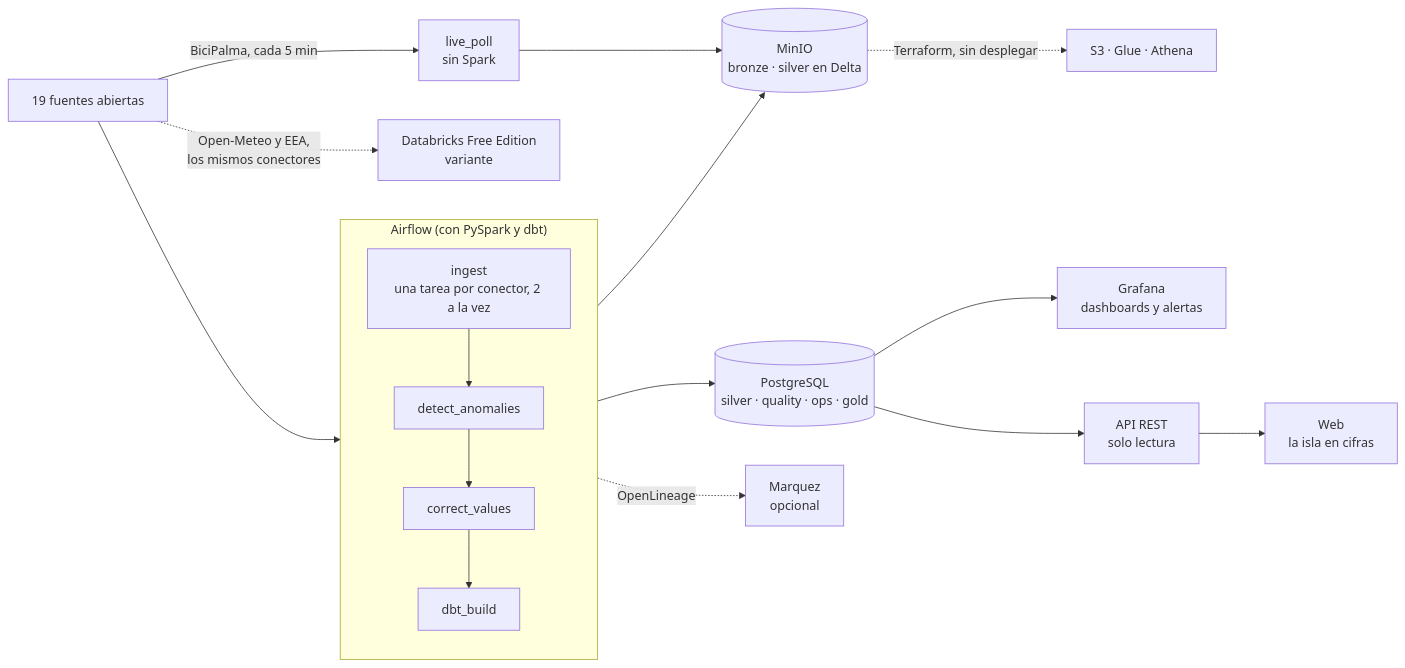
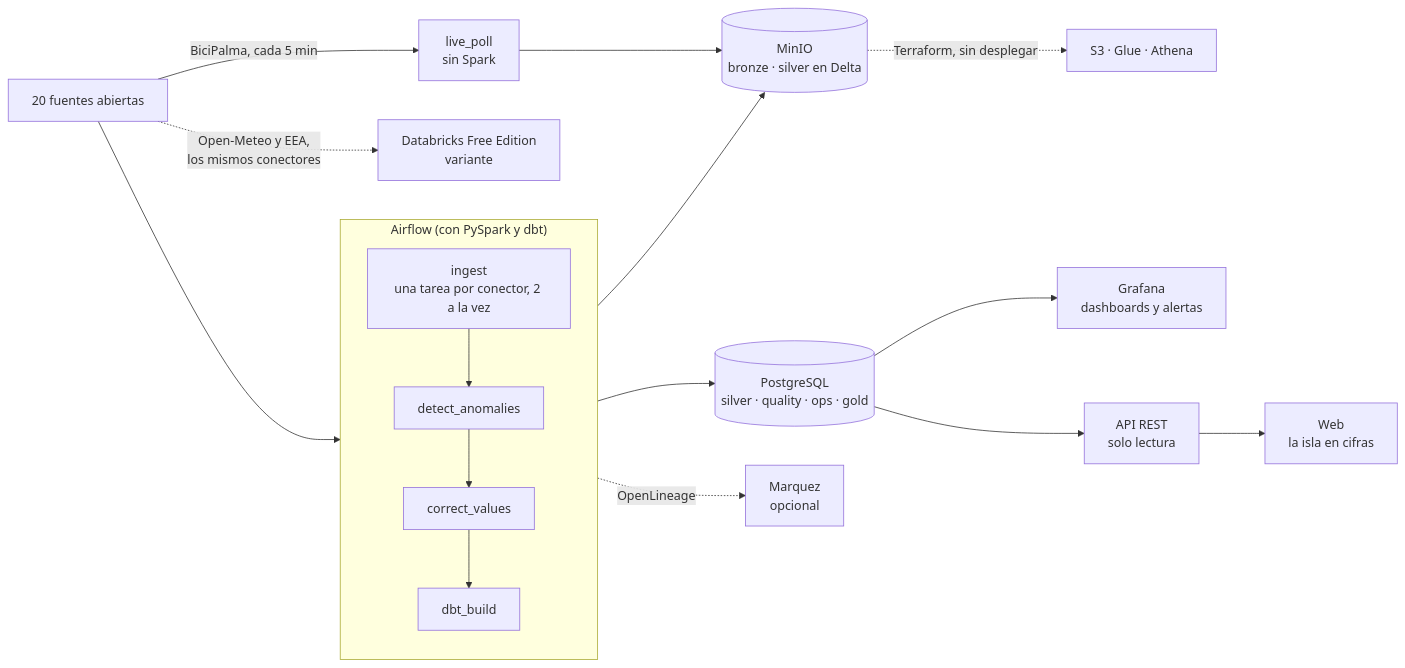
The first of 2 diagrams in docs/architecture.md (AlexandreColl/MallorcaDataPlatform), drawn with Mermaid before and after one commit. The commit also changed 9 other files, not shown here.

````diff
--- a/docs/architecture.md
+++ b/docs/architecture.md
@@ -28,16 +28,16 @@
 ```mermaid
 flowchart LR
-    SRC["19 fuentes abiertas"] --> AF
+    SRC["20 fuentes abiertas"] --> AF
     subgraph AF["Airflow (con PySpark y dbt)"]
         direction TB
         ING["ingest<br/>una tarea por conector, 2 a la vez"] --> DET[detect_anomalies] --> COR[correct_values] --> DBT[dbt_build]
     end
     AF --> MINIO[("MinIO<br/>bronze · silver en Delta")]
     SRC -->|"BiciPalma, cada 5 min"| POLL["live_poll<br/>sin Spark"] --> MINIO
     AF --> PG[("PostgreSQL<br/>silver · quality · ops · gold")]
     PG --> GF["Grafana<br/>dashboards y alertas"]
     PG --> API["API REST<br/>solo lectura"] --> WEB["Web<br/>la isla en cifras"]
     AF -.->|OpenLineage| MQ["Marquez<br/>opcional"]
     MINIO -.->|"Terraform, sin desplegar"| AWS["S3 · Glue · Athena"]
     SRC -.->|"Open-Meteo y EEA,<br/>los mismos conectores"| DBX["Databricks Free Edition<br/>variante"]
 ```
````
